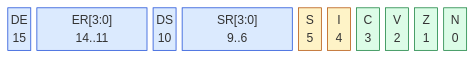
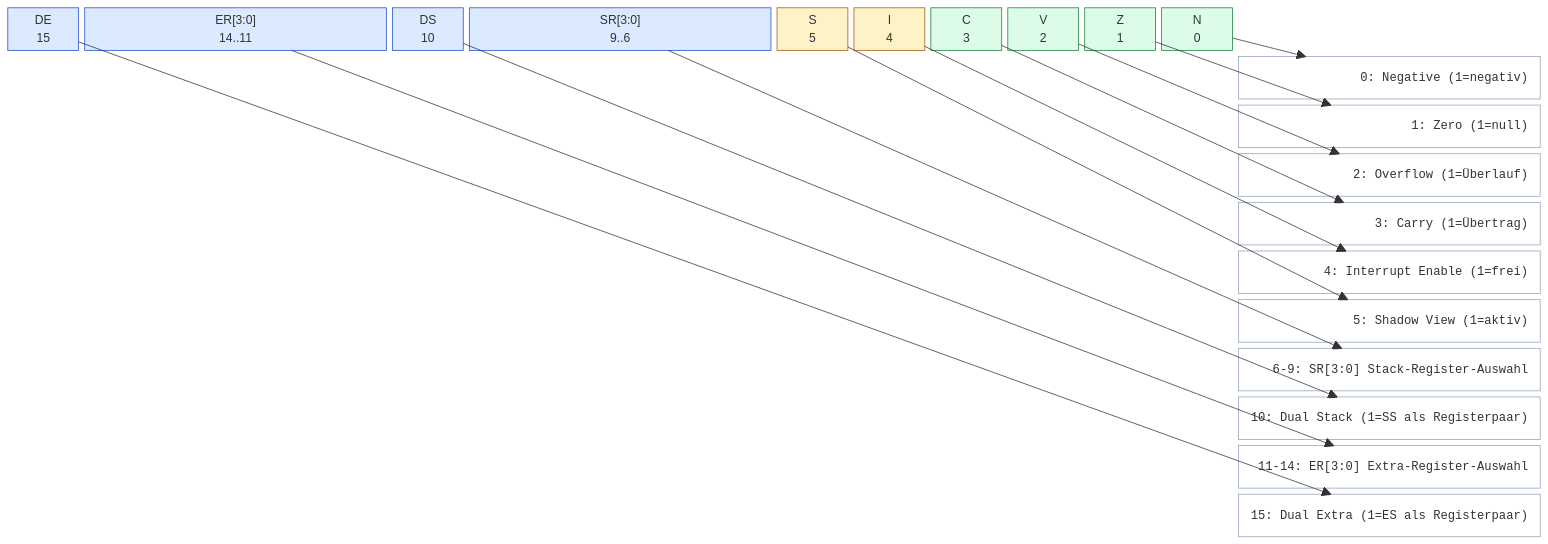
Before and after one commit to olfp/Deep16: the diagram in book/test/mmtest.md, drawn with Mermaid. The commit also changed other lines of this file, not shown here.

Commit message:
book: PSW diagram integrates field descriptions as ASCII-style right-aligned legend
Each field gets a curved leader line down to its description; all description
lines are monospace-padded so every line ends flush at the same right margin
(text right edges verified at x=2000 on a 2026px canvas). Legend column is
separated by a gap from the 16-cell field row (verified no overlap, uniform
block widths). Descriptions are neutral white/gray while the field blocks keep
their blue/yellow/green grouping colors.

````diff
--- a/book/test/mmtest.md
+++ b/book/test/mmtest.md
@@ -15,20 +18,53 @@
 ```mermaid
 block-beta
-  columns 16
+  columns 20
   DE["DE<br/>15"]:1
   ER["ER[3:0]<br/>14..11"]:4
   DSE["DS<br/>10"]:1
   SR["SR[3:0]<br/>9..6"]:4
   SB["S<br/>5"]:1
   IB["I<br/>4"]:1
   CB["C<br/>3"]:1
   VB["V<br/>2"]:1
   ZB["Z<br/>1"]:1
   NB["N<br/>0"]:1
+  space:4
+  space:16
+  DN0["&nbsp;&nbsp;&nbsp;&nbsp;&nbsp;&nbsp;&nbsp;&nbsp;&nbsp;&nbsp;&nbsp;&nbsp;&nbsp;&nbsp;&nbsp;0: Negative (1=negativ)"]:4
+  space:16
+  DN1["&nbsp;&nbsp;&nbsp;&nbsp;&nbsp;&nbsp;&nbsp;&nbsp;&nbsp;&nbsp;&nbsp;&nbsp;&nbsp;&nbsp;&nbsp;&nbsp;&nbsp;&nbsp;&nbsp;&nbsp;&nbsp;&nbsp;1: Zero (1=null)"]:4
+  space:16
+  DN2["&nbsp;&nbsp;&nbsp;&nbsp;&nbsp;&nbsp;&nbsp;&nbsp;&nbsp;&nbsp;&nbsp;&nbsp;&nbsp;&nbsp;2: Overflow (1=Überlauf)"]:4
+  space:16
+  DN3["&nbsp;&nbsp;&nbsp;&nbsp;&nbsp;&nbsp;&nbsp;&nbsp;&nbsp;&nbsp;&nbsp;&nbsp;&nbsp;&nbsp;&nbsp;&nbsp;&nbsp;3: Carry (1=Übertrag)"]:4
+  space:16
+  DN4["&nbsp;&nbsp;&nbsp;&nbsp;&nbsp;&nbsp;&nbsp;&nbsp;&nbsp;&nbsp;4: Interrupt Enable (1=frei)"]:4
+  space:16
+  DN5["&nbsp;&nbsp;&nbsp;&nbsp;&nbsp;&nbsp;&nbsp;&nbsp;&nbsp;&nbsp;&nbsp;&nbsp;&nbsp;&nbsp;5: Shadow View (1=aktiv)"]:4
+  space:16
+  DN6["&nbsp;&nbsp;&nbsp;6-9: SR[3:0] Stack-Register-Auswahl"]:4
+  space:16
+  DN7["10: Dual Stack (1=SS als Registerpaar)"]:4
+  space:16
+  DN8["&nbsp;11-14: ER[3:0] Extra-Register-Auswahl"]:4
+  space:16
+  DN9["15: Dual Extra (1=ES als Registerpaar)"]:4
+  NB --> DN0
+  ZB --> DN1
+  VB --> DN2
+  CB --> DN3
+  IB --> DN4
+  SB --> DN5
+  SR --> DN6
+  DSE --> DN7
+  ER --> DN8
+  DE --> DN9
   classDef seg fill:#dbeafe,stroke:#1d4ed8
   classDef ctl fill:#fef3c7,stroke:#b45309
   classDef flg fill:#dcfce7,stroke:#15803d
   class DE,ER,DSE,SR seg
   class SB,IB ctl
   class CB,VB,ZB,NB flg
+  classDef desc fill:#ffffff,stroke:#94a3b8,font-family:monospace,font-size:16px,text-align:right
+  class DN0,DN1,DN2,DN3,DN4,DN5,DN6,DN7,DN8,DN9 desc
 ```
````
